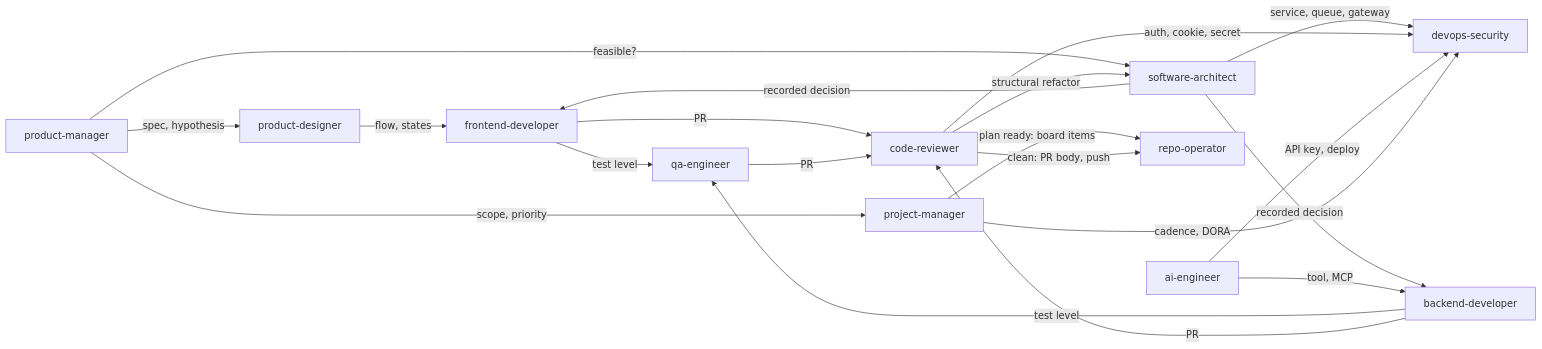
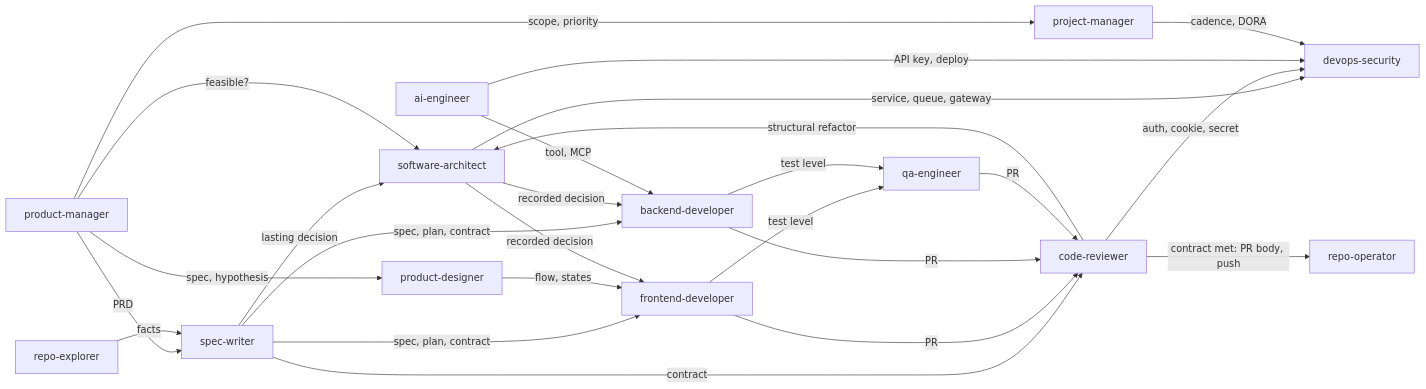
One commit to gblsmlo/tc96-marketplace changed the diagram in agents/README.md. Above: the diagram before and after it, drawn with Mermaid. The commit also changed other lines of this file and 131 other files, not shown here.

First line of the commit message:
feat(sdd): replace the four-pillar flow with Spec Driven Development

````diff
--- a/agents/README.md
+++ b/agents/README.md
@@ -83,22 +85,27 @@
 ```mermaid
 flowchart LR
- PM[product-manager] -->|spec, hypothesis| PD[product-designer]
+ PM[product-manager] -->|PRD| SW[spec-writer]
+ PM -->|spec, hypothesis| PD[product-designer]
+ RE[repo-explorer] -->|facts| SW
+ SW -->|lasting decision| SA
+ SW -->|spec, plan, contract| FE
+ SW -->|spec, plan, contract| BE
+ SW -->|contract| CR
  PM -->|scope, priority| PJ[project-manager]
  PD -->|flow, states| FE[frontend-developer]
  PM -->|feasible?| SA[software-architect]
  SA -->|recorded decision| FE
  SA -->|recorded decision| BE[backend-developer]
  SA -->|service, queue, gateway| DS[devops-security]
  FE -->|test level| QA[qa-engineer]
  BE -->|test level| QA
  FE -->|PR| CR[code-reviewer]
  BE -->|PR| CR
  QA -->|PR| CR
  CR -->|auth, cookie, secret| DS
  CR -->|structural refactor| SA
  AI[ai-engineer] -->|tool, MCP| BE
  AI -->|API key, deploy| DS
  PJ -->|cadence, DORA| DS
- PJ -->|plan ready: board items| RO[repo-operator]
- CR -->|clean: PR body, push| RO
+ CR -->|contract met: PR body, push| RO[repo-operator]
 ```
````
